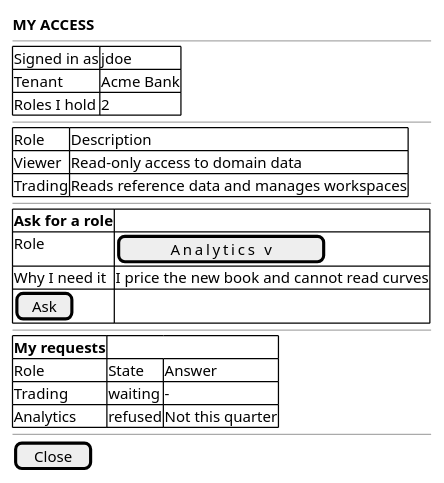
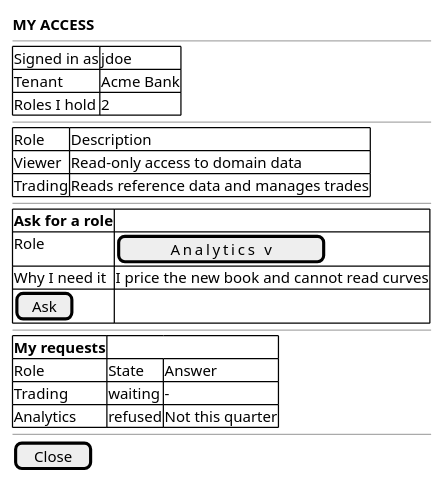
The diagram in doc/knowledge/journeys/access/wireframe_ask_for_more_access.puml (OreStudio/OreStudio), drawn with PlantUML before and after one commit. The commit also changed 18 other files, not shown here.

```diff
--- a/doc/knowledge/journeys/access/wireframe_ask_for_more_access.puml
+++ b/doc/knowledge/journeys/access/wireframe_ask_for_more_access.puml
@@ -18,36 +18,36 @@
 @startuml
 
 salt
 {
   <b>MY ACCESS</b>
   --
   {#
     Signed in as | jdoe
     Tenant | Acme Bank
     Roles I hold | 2
   }
   --
   {#
     Role | Description
     Viewer | Read-only access to domain data
-    Trading | Reads reference data and manages workspaces
+    Trading | Reads reference data and manages trades
   }
   --
   {#
     <b>Ask for a role</b>
     Role | [ Analytics        v ]
     Why I need it | I price the new book and cannot read curves
     [ Ask ]
   }
   --
   {#
     <b>My requests</b>
     Role | State | Answer
     Trading | waiting | -
     Analytics | refused | Not this quarter
   }
   --
   [ Close ]
 }
 
 @enduml
```
